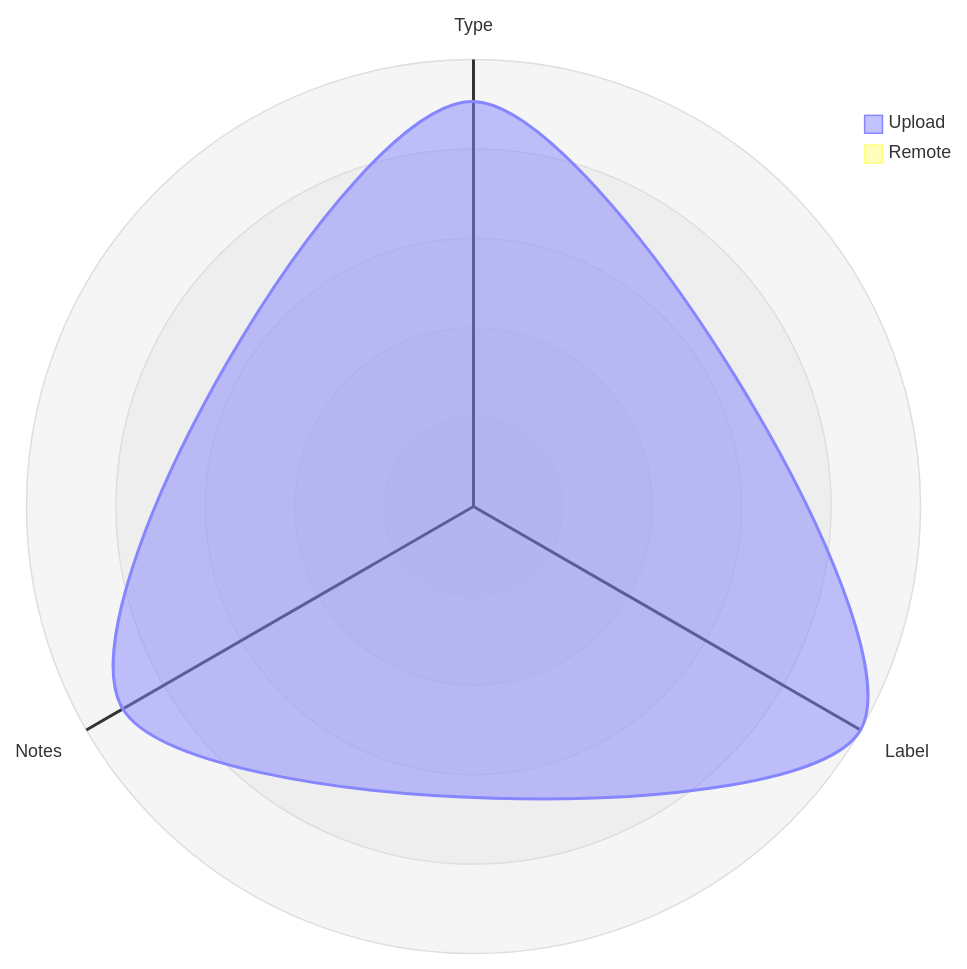
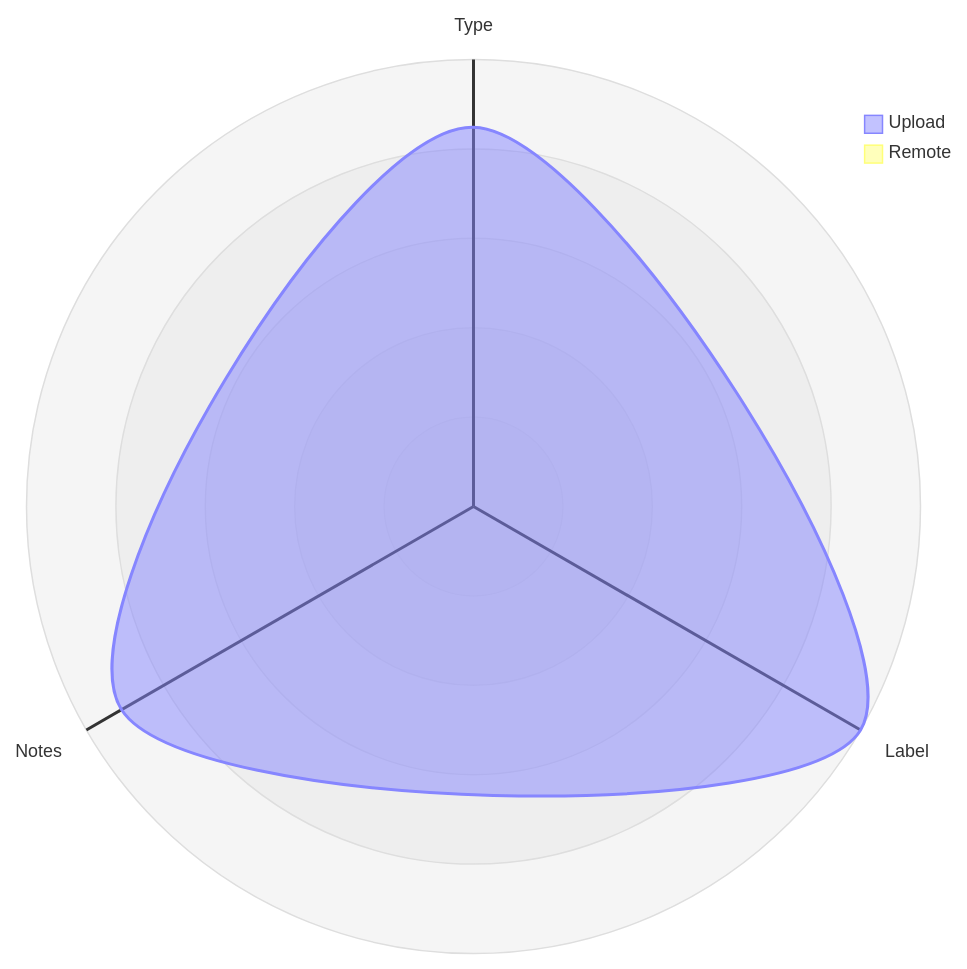
The third of 5 diagrams in datastore_tracker/README.md (open-data/analytics-corporate-reporting), drawn with Mermaid before and after one commit. The commit also changed 4 other files, not shown here.

````diff
--- a/datastore_tracker/README.md
+++ b/datastore_tracker/README.md
@@ -105,12 +105,12 @@
 ```mermaid
 radar-beta
   axis T["Type"], L["Label"], N["Notes"]
-  curve u["Upload"]{0.00077, 0.00085, 0.00077}
+  curve u["Upload"]{0.00084, 0.00099, 0.0009}
   curve r["Remote"]{0, 0, 0}
 
   showLegend true
 
   min 0
   graticule circle
   ticks 5
 ```
````
